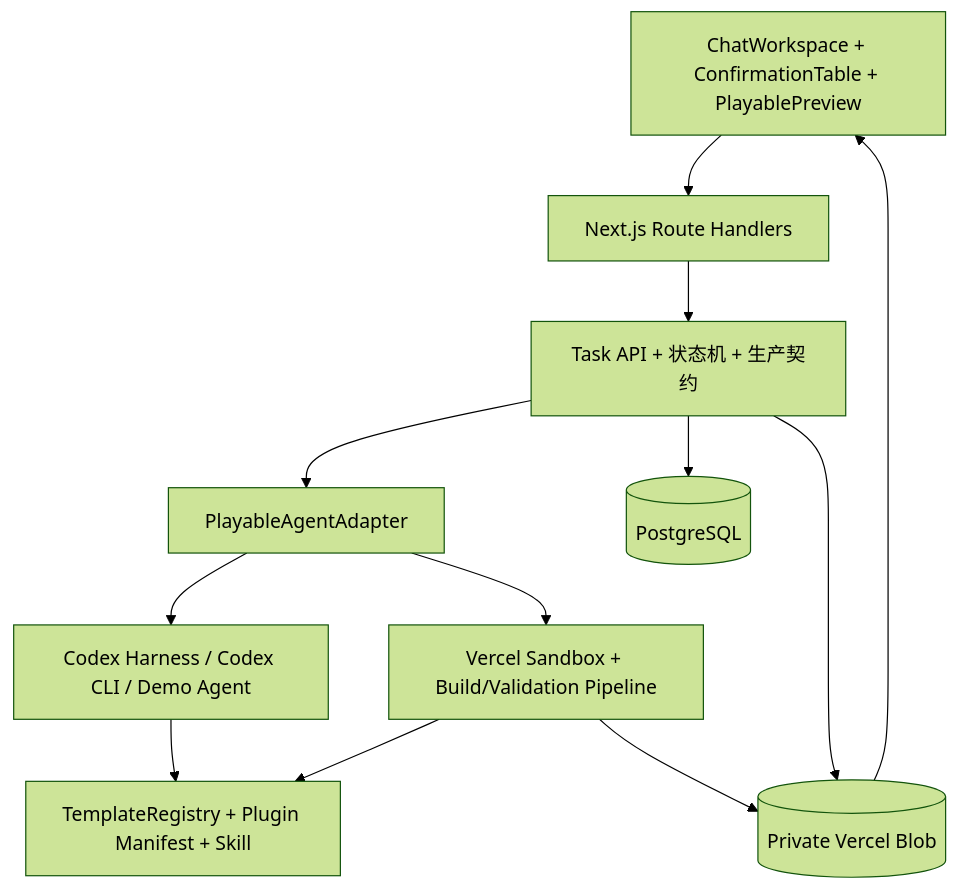
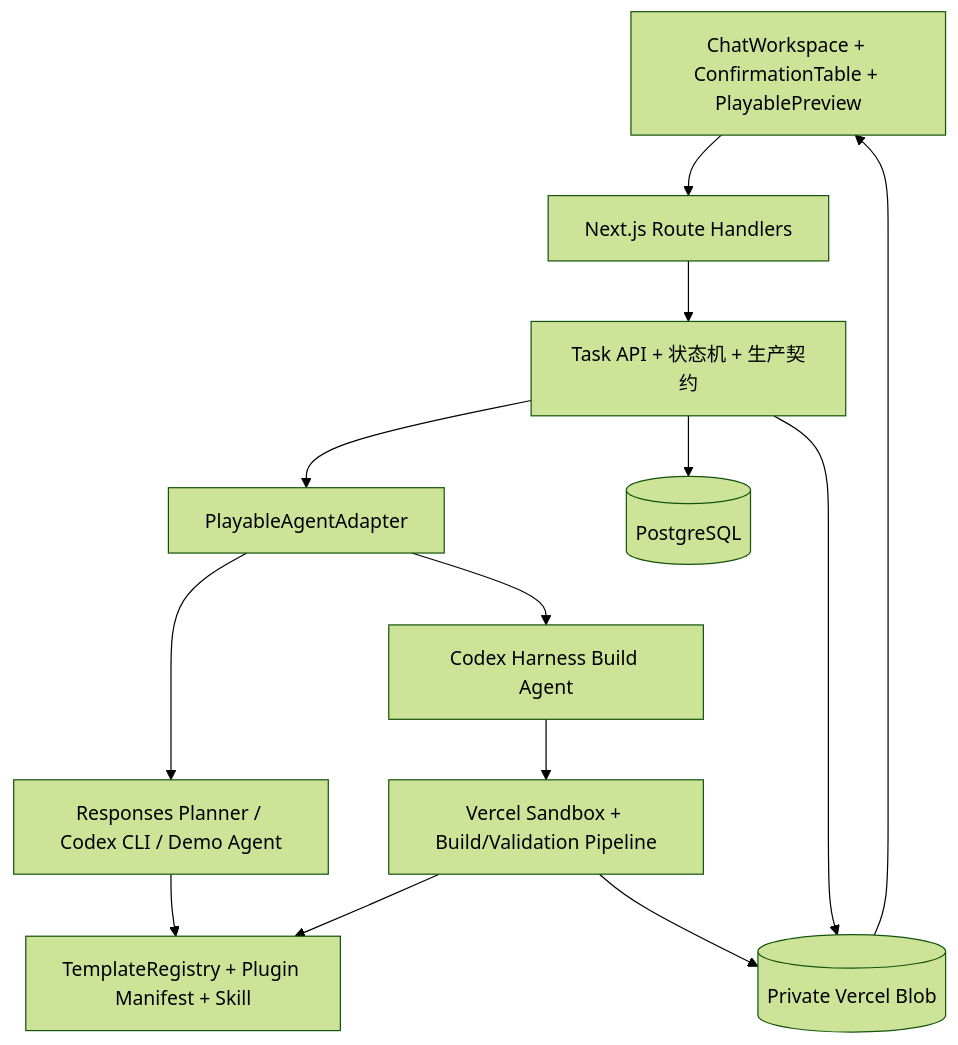
Before and after one commit to MiaMia-Li/playable-agent-poc: the second of 2 diagrams in docs/playable-poc-capabilities-user-flow-and-roadmap.md, drawn with Mermaid (forest theme). The commit also changed other lines of this file and 46 other files, not shown here.

````diff
--- a/docs/playable-poc-capabilities-user-flow-and-roadmap.md
+++ b/docs/playable-poc-capabilities-user-flow-and-roadmap.md
@@ -267,24 +267,26 @@
 ```mermaid
 flowchart TB
     UI[ChatWorkspace + ConfirmationTable + PlayablePreview]
     API[Next.js Route Handlers]
     DOMAIN[Task API + 状态机 + 生产契约]
     ADAPTER[PlayableAgentAdapter]
-    AGENT[Codex Harness / Codex CLI / Demo Agent]
+    AGENT[Responses Planner / Codex CLI / Demo Agent]
+    BUILD_AGENT[Codex Harness Build Agent]
     REGISTRY[TemplateRegistry + Plugin Manifest + Skill]
     BUILD[Vercel Sandbox + Build/Validation Pipeline]
     DATA[(PostgreSQL)]
     BLOB[(Private Vercel Blob)]
 
     UI --> API
     API --> DOMAIN
     DOMAIN --> ADAPTER
     ADAPTER --> AGENT
     AGENT --> REGISTRY
-    ADAPTER --> BUILD
+    ADAPTER --> BUILD_AGENT
+    BUILD_AGENT --> BUILD
     BUILD --> REGISTRY
     DOMAIN --> DATA
     DOMAIN --> BLOB
     BUILD --> BLOB
     BLOB --> UI
 ```
````
